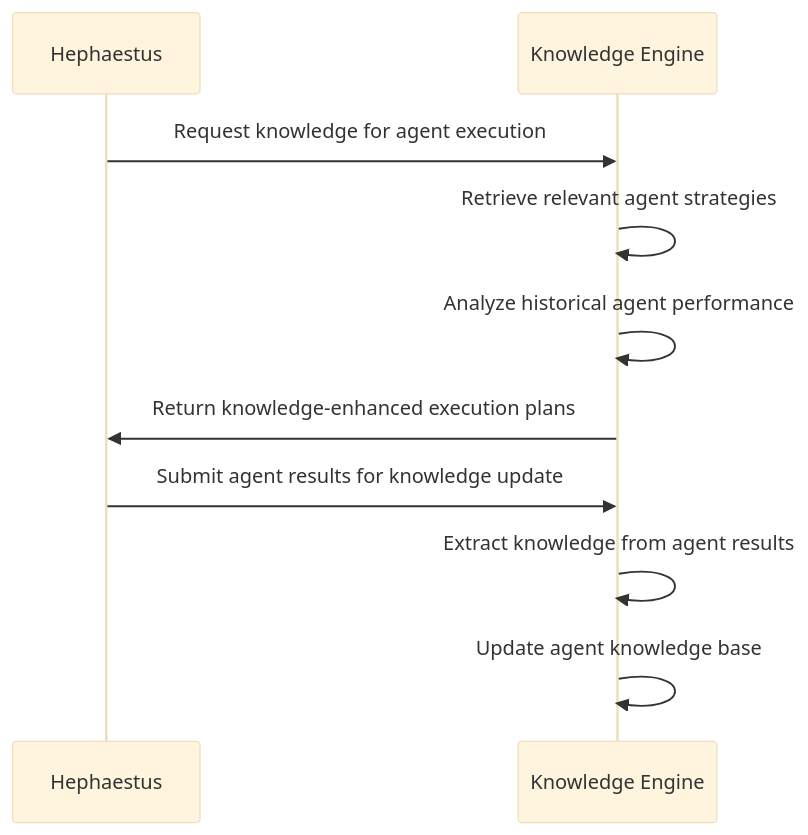
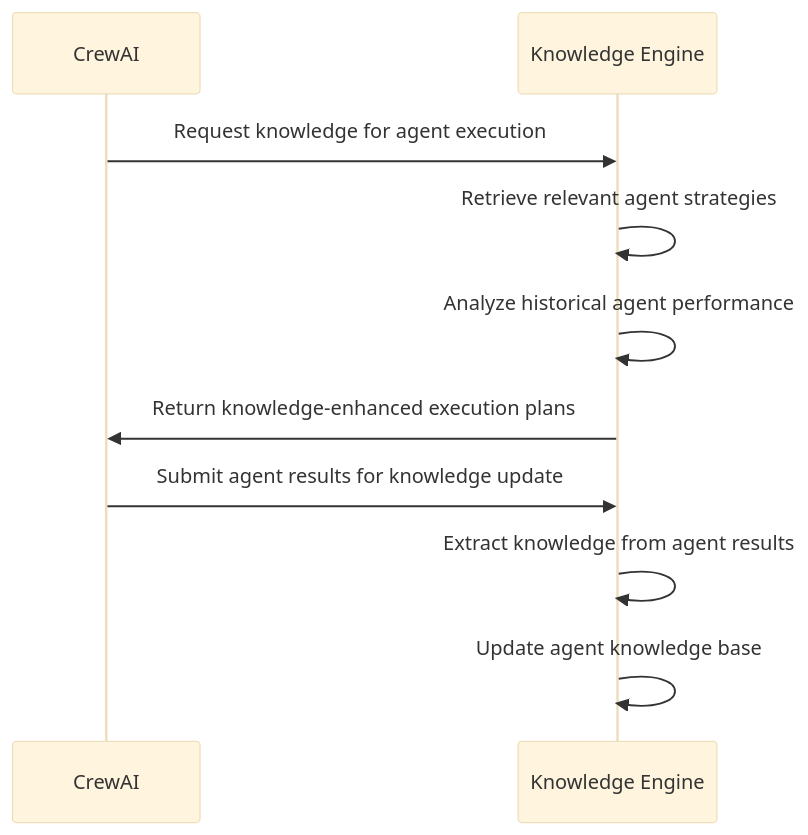
Before and after one commit to jazir555/OpenEvolveFrontend: diagram 14 of 33 in docs/knowledge_engine/KNOWLEDGE_ENGINE_INTEGRATION_GUIDE.md, drawn with Mermaid (base theme). The commit also changed other lines of this file and 631 other files, not shown here.

````diff
--- a/docs/knowledge_engine/KNOWLEDGE_ENGINE_INTEGRATION_GUIDE.md
+++ b/docs/knowledge_engine/KNOWLEDGE_ENGINE_INTEGRATION_GUIDE.md
@@ -369,14 +369,14 @@
 ```mermaid
 sequenceDiagram
-    participant Hephaestus as Hephaestus
+    participant CrewAI as CrewAI
     participant KE as Knowledge Engine
     
-    Hephaestus->>KE: Request knowledge for agent execution
+    CrewAI->>KE: Request knowledge for agent execution
     KE->>KE: Retrieve relevant agent strategies
     KE->>KE: Analyze historical agent performance
-    KE->>Hephaestus: Return knowledge-enhanced execution plans
+    KE->>CrewAI: Return knowledge-enhanced execution plans
     
-    Hephaestus->>KE: Submit agent results for knowledge update
+    CrewAI->>KE: Submit agent results for knowledge update
     KE->>KE: Extract knowledge from agent results
     KE->>KE: Update agent knowledge base
 ```
````
